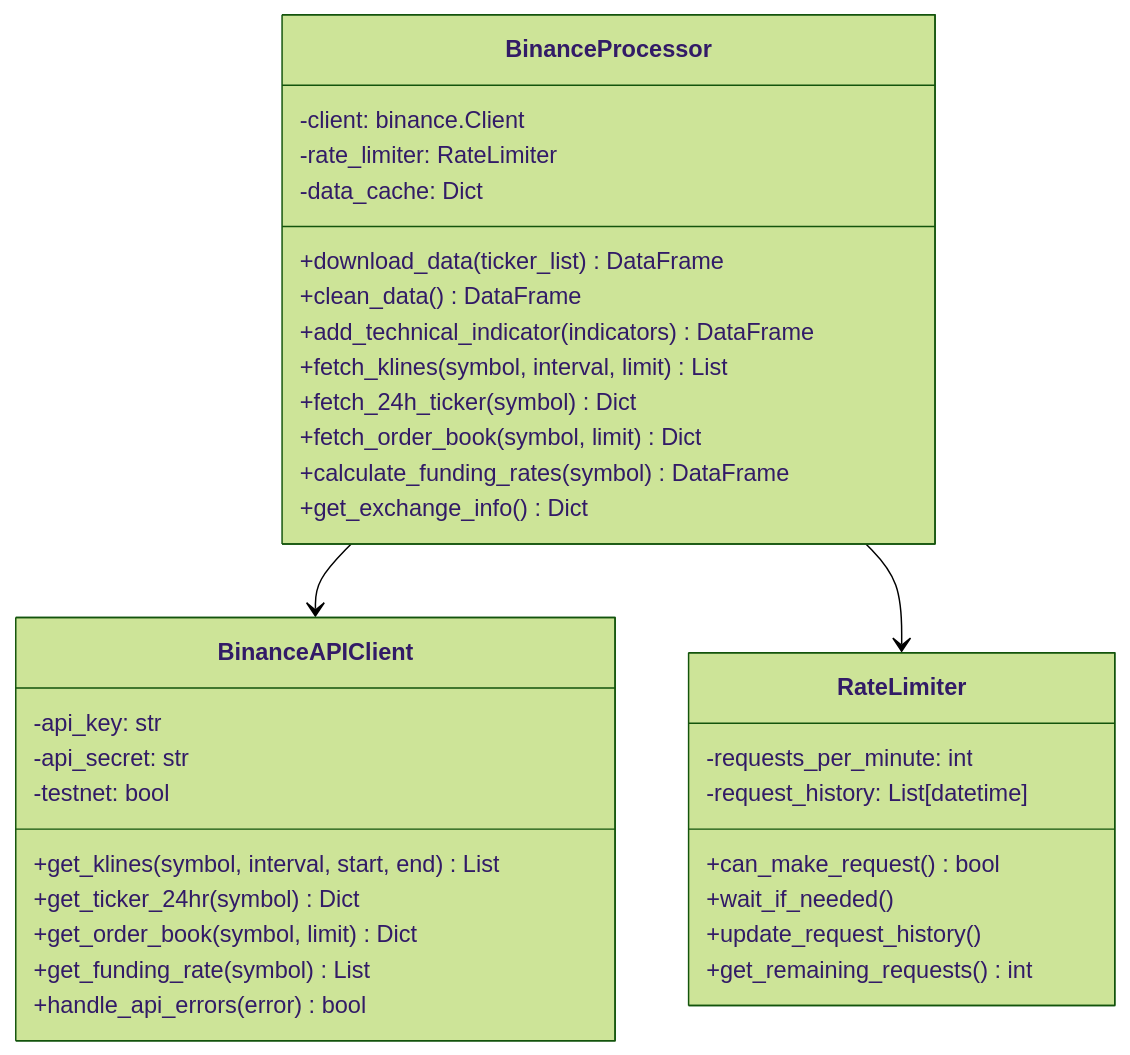
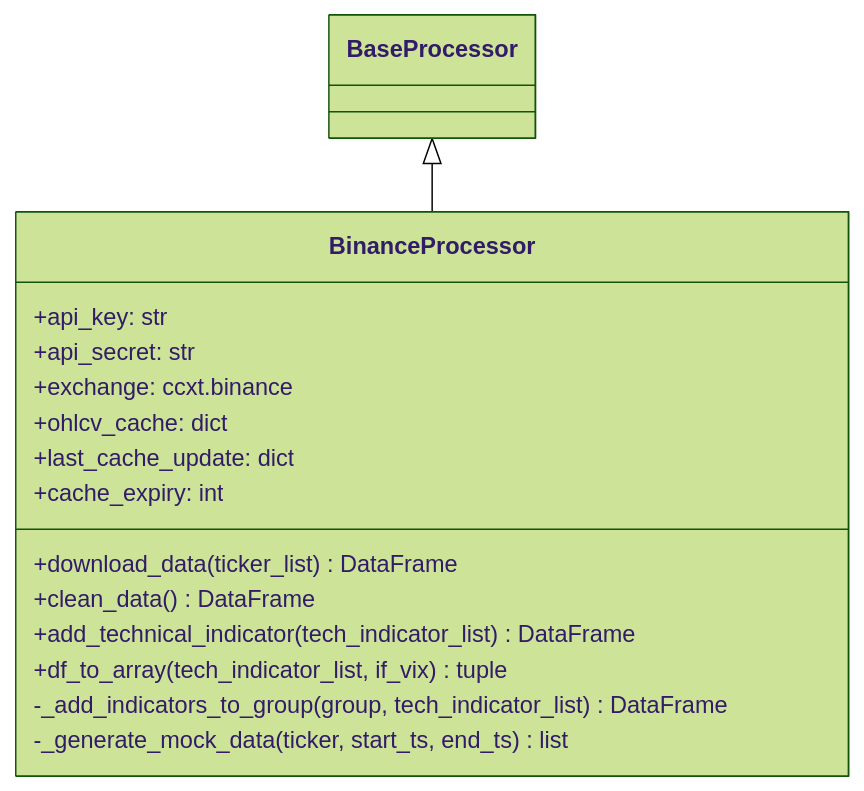
Before and after one commit to cluster2600/ELVIS: the third of 5 diagrams in docs/data_processing.md, drawn with Mermaid (forest theme). The commit also changed other lines of this file and 60 other files, not shown here.

````diff
--- a/docs/data_processing.md
+++ b/docs/data_processing.md
@@ -148,39 +167,18 @@
 ```mermaid
 classDiagram
     class BinanceProcessor {
-        -client: binance.Client
-        -rate_limiter: RateLimiter
-        -data_cache: Dict
+        +api_key: str
+        +api_secret: str
+        +exchange: ccxt.binance
+        +ohlcv_cache: dict
+        +last_cache_update: dict
+        +cache_expiry: int
         +download_data(ticker_list) DataFrame
         +clean_data() DataFrame
-        +add_technical_indicator(indicators) DataFrame
-        +fetch_klines(symbol, interval, limit) List
-        +fetch_24h_ticker(symbol) Dict
-        +fetch_order_book(symbol, limit) Dict
-        +calculate_funding_rates(symbol) DataFrame
-        +get_exchange_info() Dict
+        +add_technical_indicator(tech_indicator_list) DataFrame
+        +df_to_array(tech_indicator_list, if_vix) tuple
+        -_add_indicators_to_group(group, tech_indicator_list) DataFrame
+        -_generate_mock_data(ticker, start_ts, end_ts) list
     }
-    
-    class BinanceAPIClient {
-        -api_key: str
-        -api_secret: str
-        -testnet: bool
-        +get_klines(symbol, interval, start, end) List
-        +get_ticker_24hr(symbol) Dict
-        +get_order_book(symbol, limit) Dict
-        +get_funding_rate(symbol) List
-        +handle_api_errors(error) bool
-    }
-    
-    class RateLimiter {
-        -requests_per_minute: int
-        -request_history: List[datetime]
-        +can_make_request() bool
-        +wait_if_needed()
-        +update_request_history()
-        +get_remaining_requests() int
-    }
-    
-    BinanceProcessor --> BinanceAPIClient
-    BinanceProcessor --> RateLimiter
+    BaseProcessor <|-- BinanceProcessor
 ```
````
